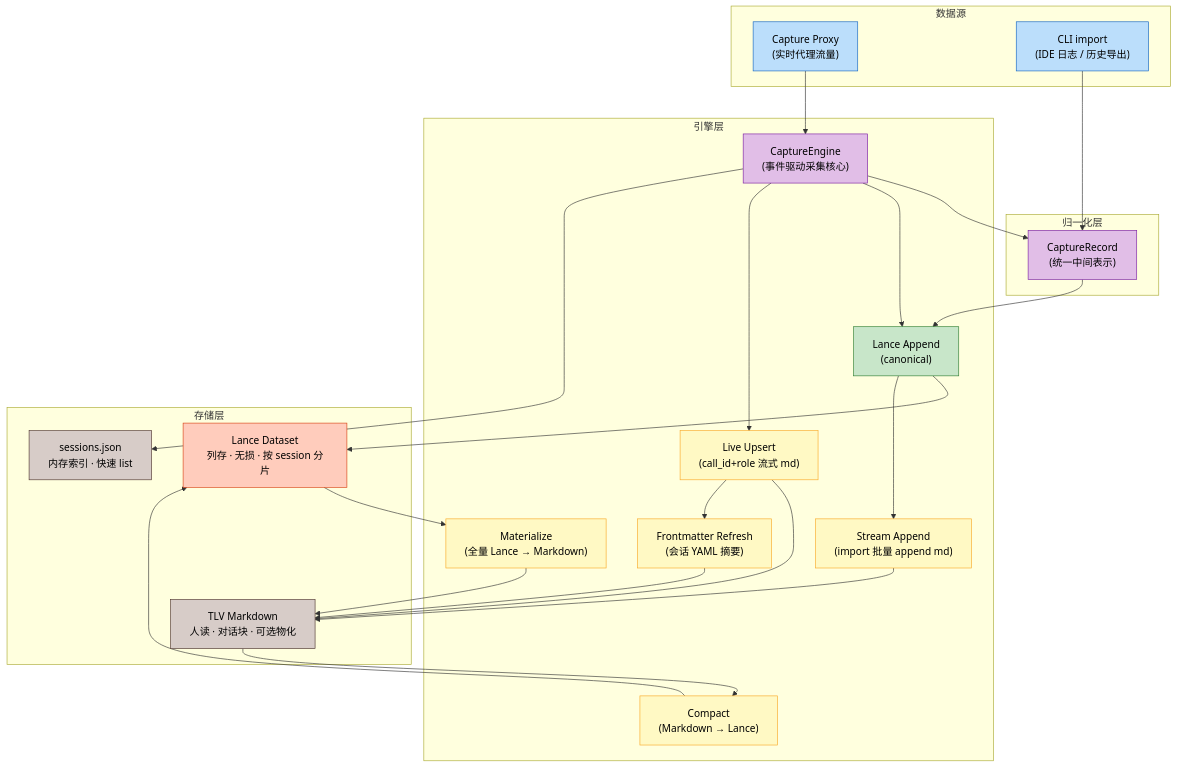
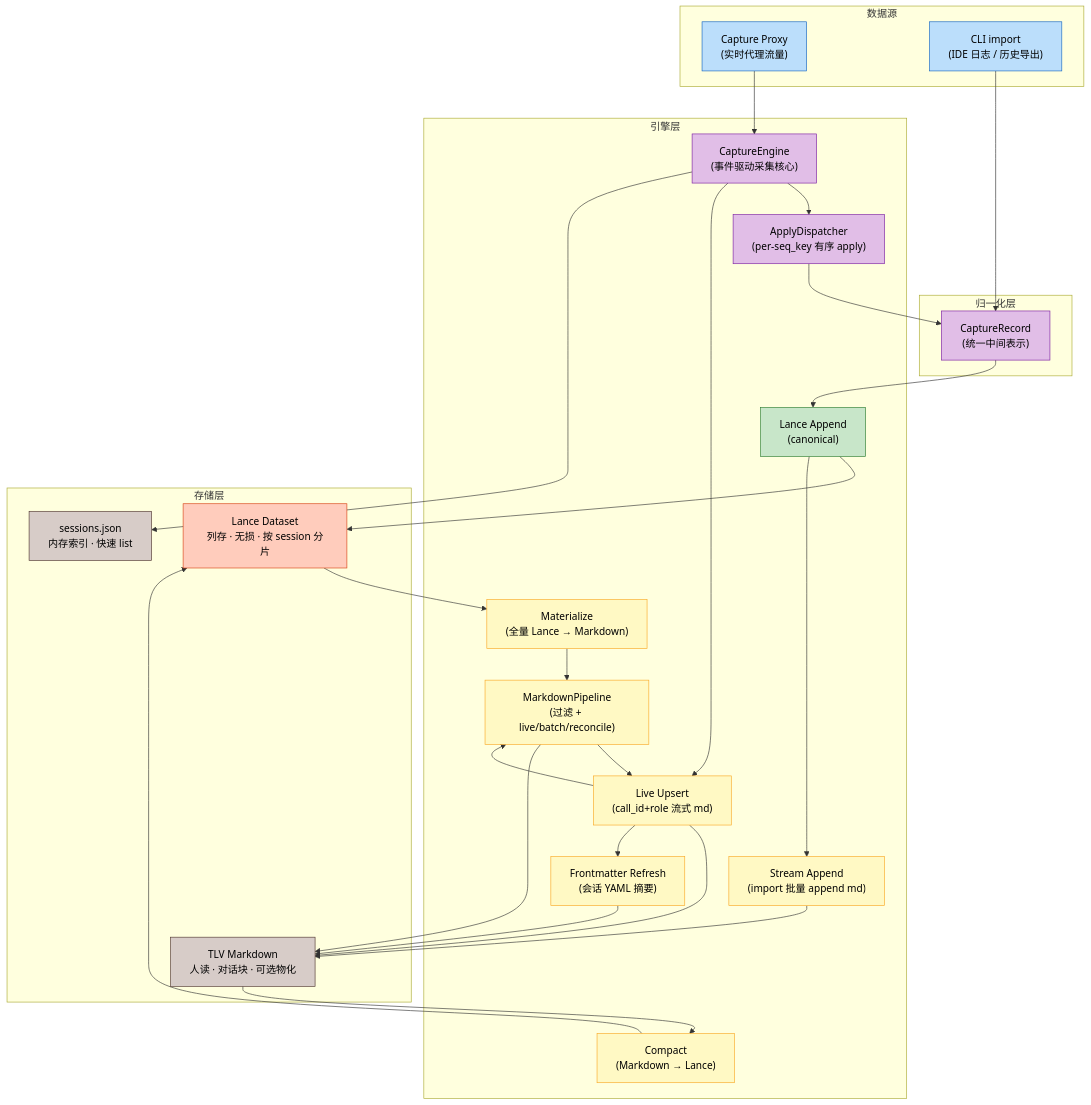
One commit to DeepLink-org/Persisting changed the first of 5 diagrams in docs/src/design/trajectory_storage.zh.md. Above: the diagram before and after it, drawn with Mermaid. The commit also changed other lines of this file and 243 other files, not shown here.

````diff
--- a/docs/src/design/trajectory_storage.zh.md
+++ b/docs/src/design/trajectory_storage.zh.md
@@ -22,52 +22,57 @@
 ```mermaid
 graph TD
     subgraph "数据源"
         S1["Capture Proxy<br/>(实时代理流量)"]:::accent1
         S2["CLI import<br/>(IDE 日志 / 历史导出)"]:::accent1
     end
 
     subgraph "归一化层"
         N["CaptureRecord<br/>(统一中间表示)"]:::accent0
     end
 
     subgraph "引擎层"
         CE["CaptureEngine<br/>(事件驱动采集核心)"]:::accent0
+        AQ["ApplyDispatcher<br/>(per-seq_key 有序 apply)"]:::accent0
+        MP["MarkdownPipeline<br/>(过滤 + live/batch/reconcile)"]:::accent3
         E1["Lance Append<br/>(canonical)"]:::accent2
         E2["Materialize<br/>(全量 Lance → Markdown)"]:::accent3
         E3["Live Upsert<br/>(call_id+role 流式 md)"]:::accent3
         E3b["Frontmatter Refresh<br/>(会话 YAML 摘要)"]:::accent3
         E4["Stream Append<br/>(import 批量 append md)"]:::accent3
         E5["Compact<br/>(Markdown → Lance)"]:::accent3
     end
 
     subgraph "存储层"
         L1["Lance Dataset<br/>列存 · 无损 · 按 session 分片"]:::accent4
         L2["TLV Markdown<br/>人读 · 对话块 · 可选物化"]:::accent5
         L3["sessions.json<br/>内存索引 · 快速 list"]:::accent5
     end
 
     S1 --> CE
     S2 --> N
     N --> E1
-    CE --> N
-    CE --> E1
+    CE --> AQ
+    AQ --> N
     CE --> E3
+    E3 --> MP
+    MP --> E3
     E1 --> L1
     E3 --> L2
     E3 --> E3b
     E3b --> L2
     E1 --> E4
     E4 --> L2
     L1 --> E2
-    E2 --> L2
+    E2 --> MP
+    MP --> L2
     L2 --> E5
     E5 --> L1
     CE --> L3
 
     classDef accent0 fill:#e1bee7,stroke:#7b1fa2,color:#000
     classDef accent1 fill:#bbdefb,stroke:#1565c0,color:#000
     classDef accent2 fill:#c8e6c9,stroke:#2e7d32,color:#000
     classDef accent3 fill:#fff9c4,stroke:#f9a825,color:#000
     classDef accent4 fill:#ffccbc,stroke:#d84315,color:#000
     classDef accent5 fill:#d7ccc8,stroke:#4e342e,color:#000
 ```
````
